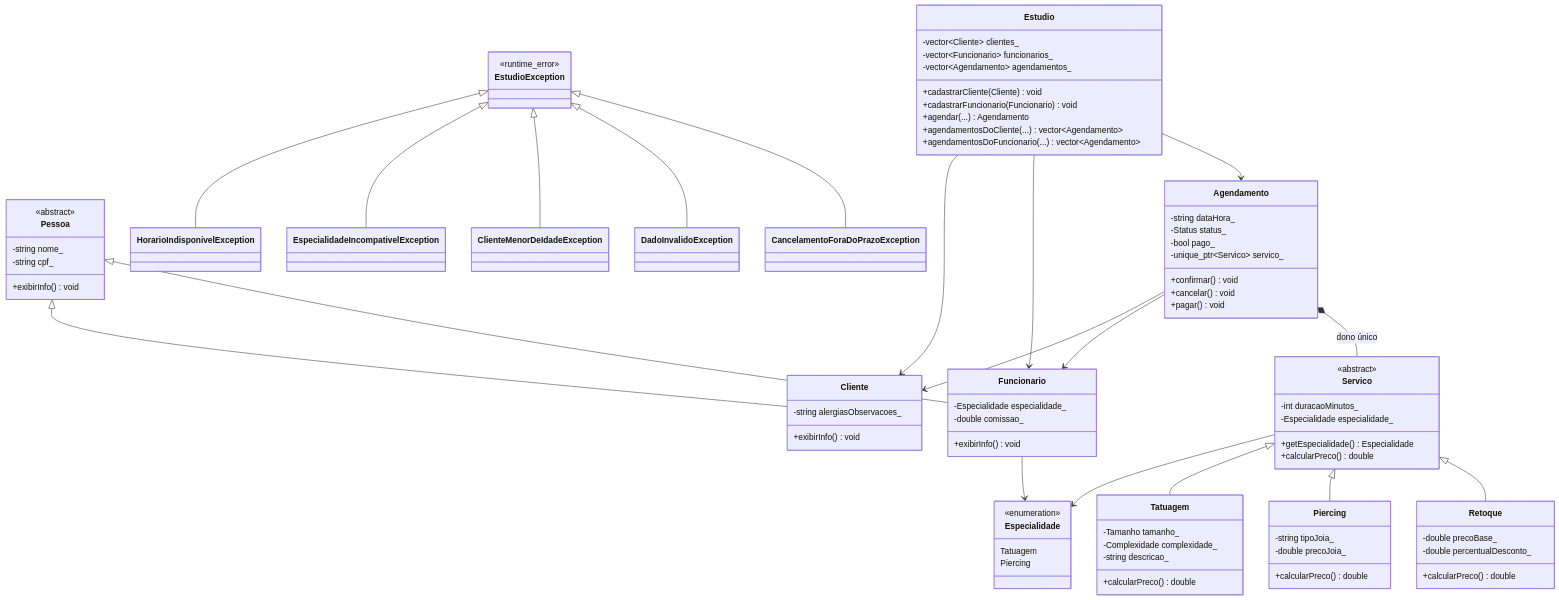
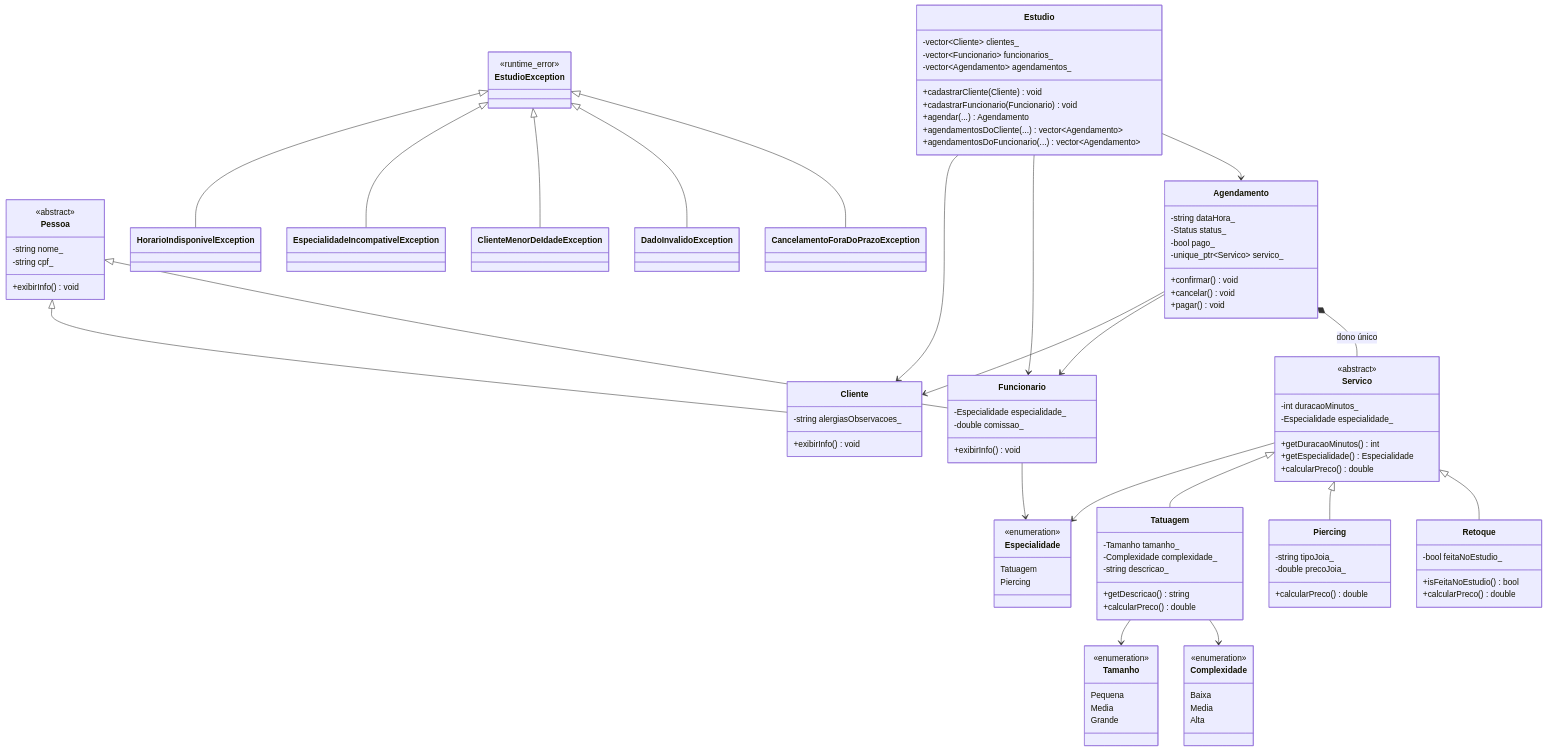
The diagram in README.md (lfvperes/estudio-tatuagem), drawn with Mermaid before and after one commit. The commit also changed 3 other files, not shown here.

Commit message:
feat: :sparkles: adiciona classe Retoque e atualiza diagrama e decisões

```diff
--- a/README.md
+++ b/README.md
@@ -58,6 +58,7 @@
         <<abstract>>
         -int duracaoMinutos_
         -Especialidade especialidade_
+        +getDuracaoMinutos() int
         +getEspecialidade() Especialidade
         +calcularPreco() double
     }
@@ -66,8 +67,26 @@
         -Tamanho tamanho_
         -Complexidade complexidade_
         -string descricao_
+        +getDescricao() string
         +calcularPreco() double
     }
+
+    class Tamanho {
+        <<enumeration>>
+        Pequena
+        Media
+        Grande
+    }
+
+    class Complexidade {
+        <<enumeration>>
+        Baixa
+        Media
+        Alta
+    }
+
+    Tatuagem --> Tamanho
+    Tatuagem --> Complexidade
 
     class Piercing {
         -string tipoJoia_
@@ -76,8 +95,8 @@
     }
 
     class Retoque {
-        -double precoBase_
-        -double percentualDesconto_
+        -bool feitaNoEstudio_
+        +isFeitaNoEstudio() bool
         +calcularPreco() double
     }
 
```
